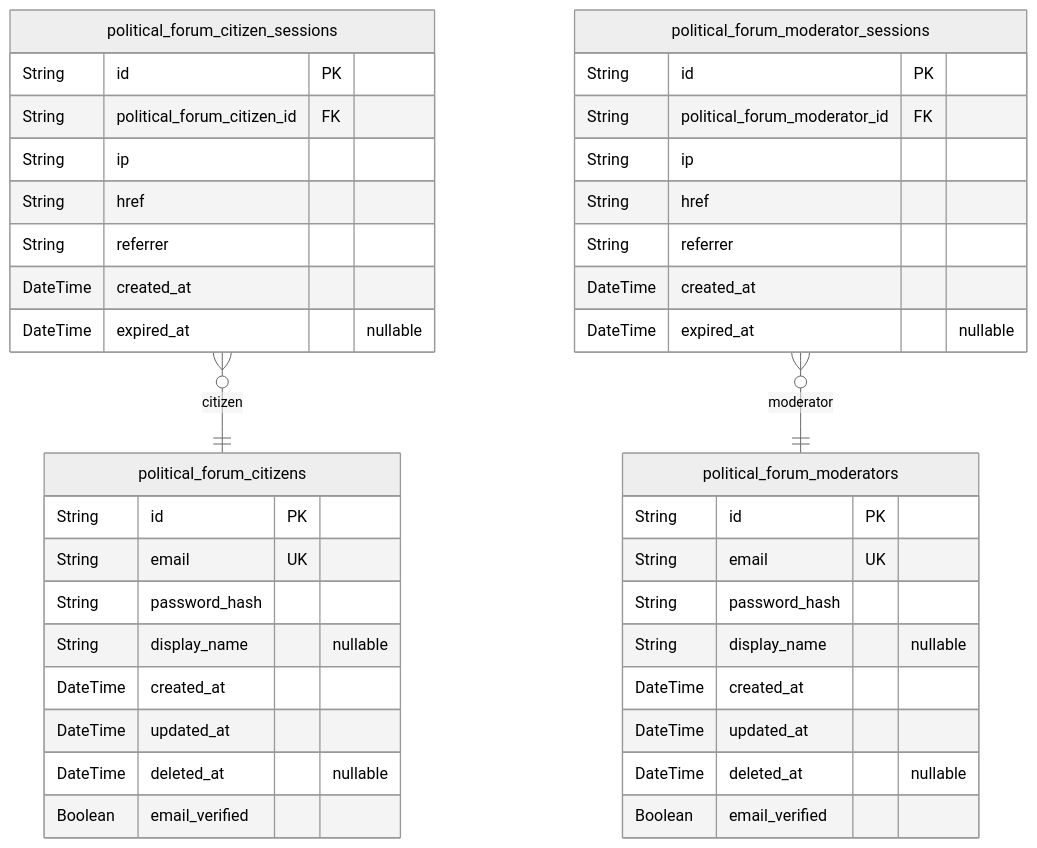
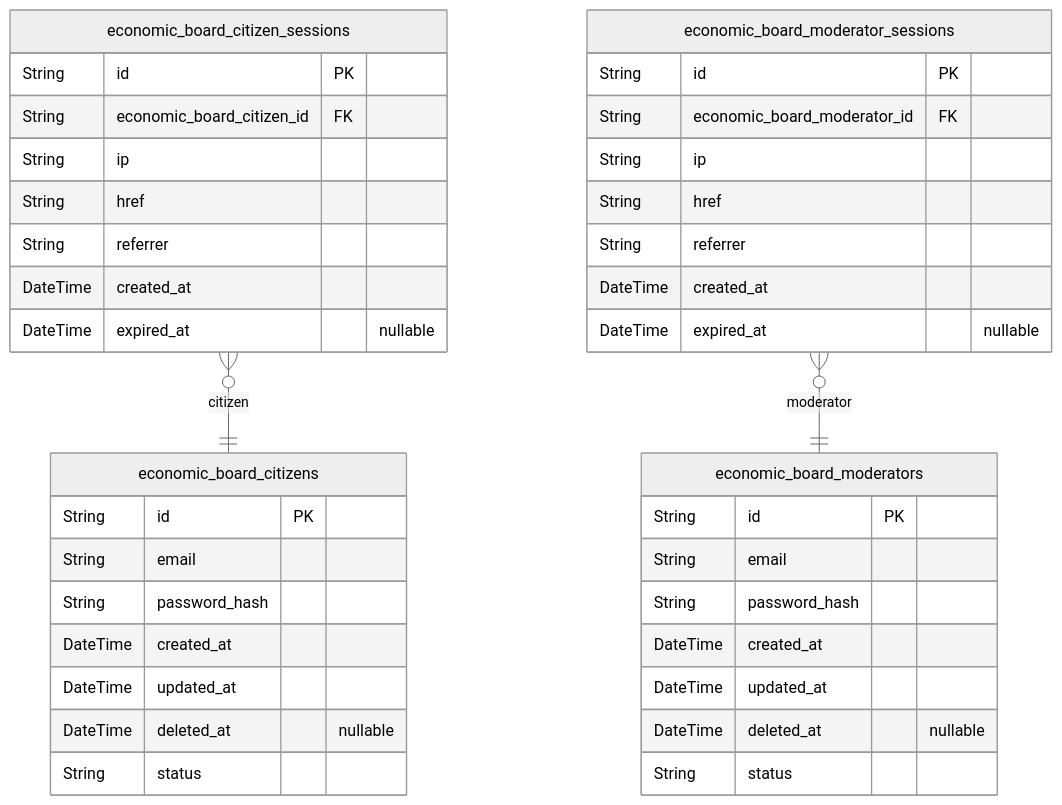
The second of 6 diagrams in qwen/qwen3-next-80b-a3b-instruct/bbs/docs/ERD.md (wrtnlabs/autobe-examples), drawn with Mermaid (neutral theme) before and after one commit. The commit also changed other lines of this file and 22498 other files, not shown here.

````diff
--- a/qwen/qwen3-next-80b-a3b-instruct/bbs/docs/ERD.md
+++ b/qwen/qwen3-next-80b-a3b-instruct/bbs/docs/ERD.md
@@ -152,43 +201,41 @@
 ```mermaid
 erDiagram
-"political_forum_citizens" {
+"economic_board_citizens" {
   String id PK
-  String email UK
+  String email
   String password_hash
-  String display_name "nullable"
   DateTime created_at
   DateTime updated_at
   DateTime deleted_at "nullable"
-  Boolean email_verified
+  String status
 }
-"political_forum_citizen_sessions" {
+"economic_board_citizen_sessions" {
   String id PK
-  String political_forum_citizen_id FK
+  String economic_board_citizen_id FK
   String ip
   String href
   String referrer
   DateTime created_at
   DateTime expired_at "nullable"
 }
-"political_forum_moderators" {
+"economic_board_moderators" {
   String id PK
-  String email UK
+  String email
   String password_hash
-  String display_name "nullable"
   DateTime created_at
   DateTime updated_at
   DateTime deleted_at "nullable"
-  Boolean email_verified
+  String status
 }
-"political_forum_moderator_sessions" {
+"economic_board_moderator_sessions" {
   String id PK
-  String political_forum_moderator_id FK
+  String economic_board_moderator_id FK
   String ip
   String href
   String referrer
   DateTime created_at
   DateTime expired_at "nullable"
 }
-"political_forum_citizen_sessions" }o--|| "political_forum_citizens" : citizen
-"political_forum_moderator_sessions" }o--|| "political_forum_moderators" : moderator
+"economic_board_citizen_sessions" }o--|| "economic_board_citizens" : citizen
+"economic_board_moderator_sessions" }o--|| "economic_board_moderators" : moderator
 ```
````
